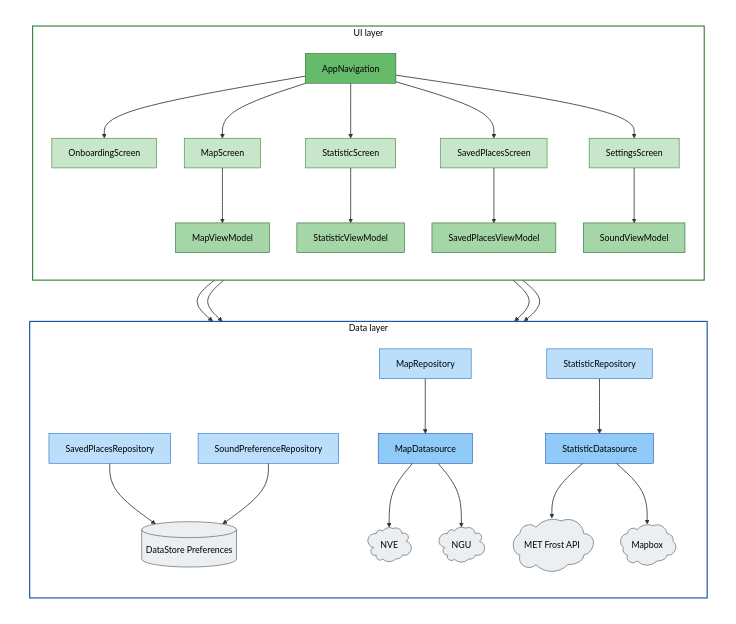
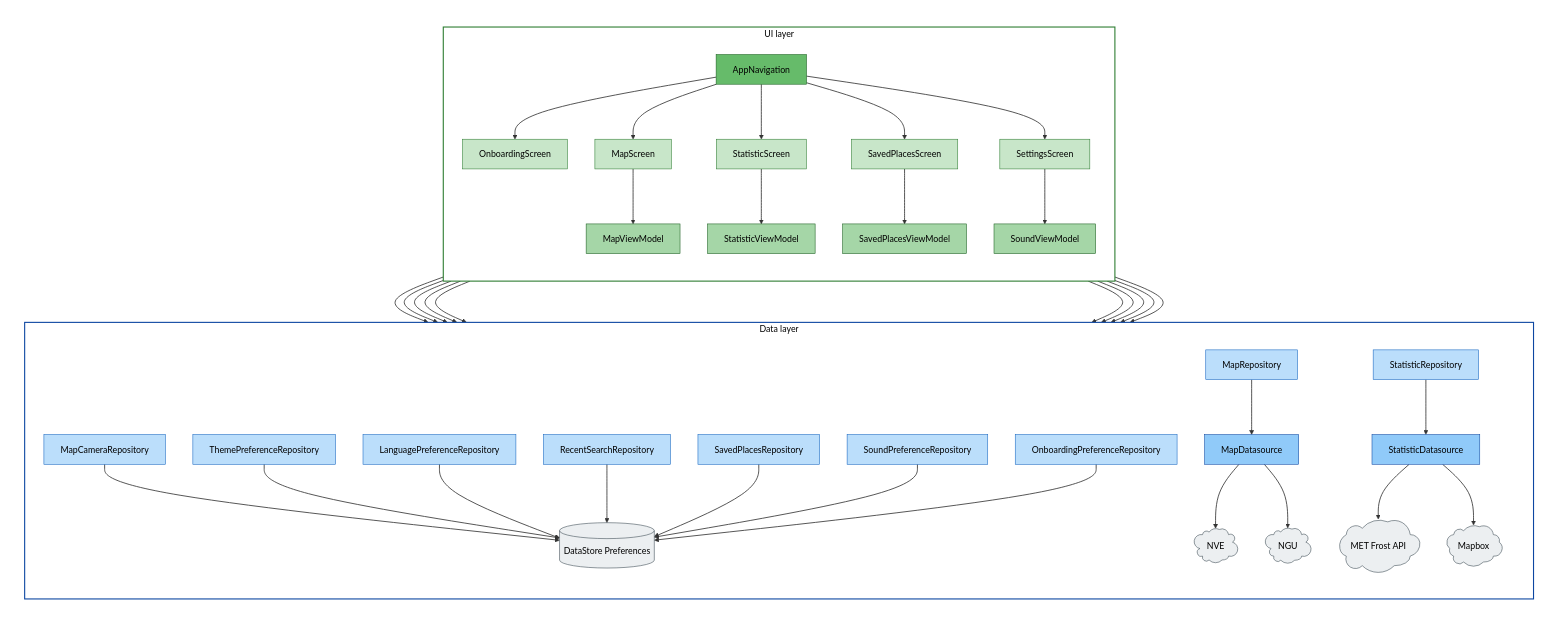
Before and after one commit to Dannevanne/klima-app: the diagram in ARCHITECTURE.md, drawn with Mermaid. The commit also changed other lines of this file, not shown here.

Commit message:
fix: expand ARCHITECTURE.md mermaid to all 9 repos plus cross-feature edges

```diff
--- a/ARCHITECTURE.md
+++ b/ARCHITECTURE.md
@@ -142,10 +142,15 @@
         subgraph DATA["Data layer"]
             direction TB
 
+            MapCameraRepo["MapCameraRepository"]:::repo
+            ThemeRepo["ThemePreferenceRepository"]:::repo
+            LangRepo["LanguagePreferenceRepository"]:::repo
             MapRepo["MapRepository"]:::repo
             StatRepo["StatisticRepository"]:::repo
+            RecentRepo["RecentSearchRepository"]:::repo
             SavRepo["SavedPlacesRepository"]:::repo
             SoundRepo["SoundPreferenceRepository"]:::repo
+            OnbRepo["OnboardingPreferenceRepository"]:::repo
 
             MapDS["MapDatasource"]:::ds
             StatDS["StatisticDatasource"]:::ds
@@ -160,8 +165,13 @@
             MapRepo --> MapDS
             StatRepo --> StatDS
 
+            MapCameraRepo --> DS
+            ThemeRepo --> DS
+            LangRepo --> DS
+            RecentRepo --> DS
             SavRepo --> DS
             SoundRepo --> DS
+            OnbRepo --> DS
 
             MapDS --> NVE
             MapDS --> NGU
@@ -171,10 +181,16 @@
 
         class NVE,NGU,Frost,Mapbox api
 
-        %% Cross-layer edges
+        %% VM to Repo edges (primary + cross-feature)
         MapVM --> MapRepo
+        MapVM --> MapCameraRepo
+        MapVM --> ThemeRepo
+        MapVM --> LangRepo
         StatVM --> StatRepo
+        StatVM --> RecentRepo
         SavVM --> SavRepo
+        SavVM --> MapRepo
+        SavVM --> StatRepo
         SoundVM --> SoundRepo
     end
 
```
